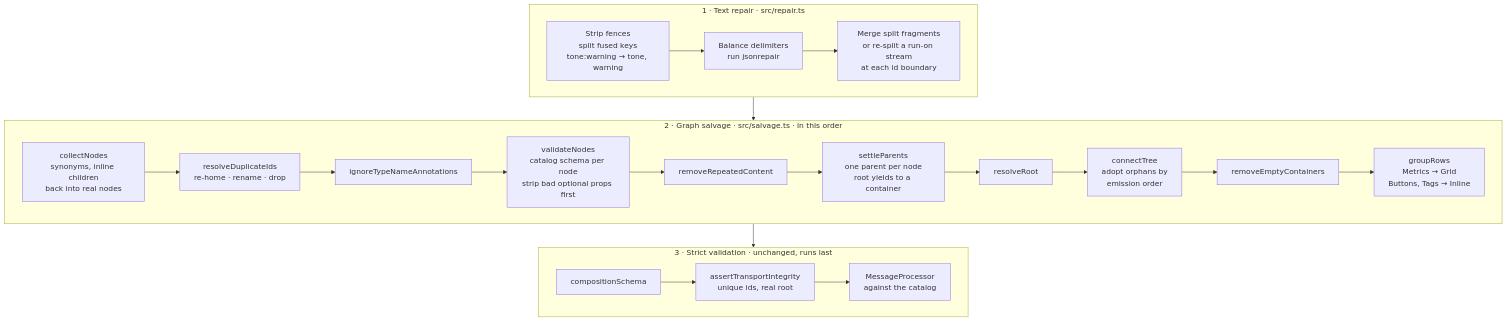
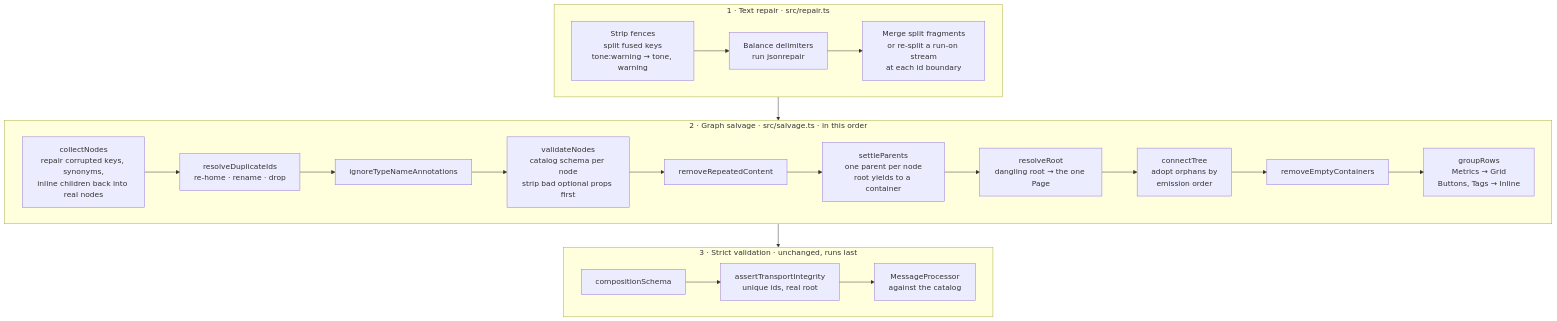
The third of 4 diagrams in README.md (southleft/local-generative-ui-demo), drawn with Mermaid before and after one commit. The commit also changed 8 other files, not shown here.

````diff
--- a/README.md
+++ b/README.md
@@ -72,17 +72,17 @@
 ```mermaid
 flowchart TB
   subgraph repair["1 · Text repair · src/repair.ts"]
     direction LR
     r1["Strip fences<br/>split fused keys<br/>tone:warning → tone, warning"] --> r2["Balance delimiters<br/>run jsonrepair"] --> r3["Merge split fragments<br/>or re-split a run-on stream<br/>at each id boundary"]
   end
   subgraph salvage["2 · Graph salvage · src/salvage.ts · in this order"]
     direction LR
-    s1["collectNodes<br/>synonyms, inline children<br/>back into real nodes"] --> s2["resolveDuplicateIds<br/>re-home · rename · drop"] --> s3["ignoreTypeNameAnnotations"] --> s4["validateNodes<br/>catalog schema per node<br/>strip bad optional props first"] --> s5["removeRepeatedContent"]
-    s5 --> s6["settleParents<br/>one parent per node<br/>root yields to a container"] --> s7["resolveRoot"] --> s8["connectTree<br/>adopt orphans by<br/>emission order"] --> s9["removeEmptyContainers"] --> s10["groupRows<br/>Metrics → Grid<br/>Buttons, Tags → Inline"]
+    s1["collectNodes<br/>repair corrupted keys, synonyms,<br/>inline children back into real nodes"] --> s2["resolveDuplicateIds<br/>re-home · rename · drop"] --> s3["ignoreTypeNameAnnotations"] --> s4["validateNodes<br/>catalog schema per node<br/>strip bad optional props first"] --> s5["removeRepeatedContent"]
+    s5 --> s6["settleParents<br/>one parent per node<br/>root yields to a container"] --> s7["resolveRoot<br/>dangling root → the one Page"] --> s8["connectTree<br/>adopt orphans by<br/>emission order"] --> s9["removeEmptyContainers"] --> s10["groupRows<br/>Metrics → Grid<br/>Buttons, Tags → Inline"]
   end
   subgraph validate["3 · Strict validation · unchanged, runs last"]
     direction LR
     v1["compositionSchema"] --> v2["assertTransportIntegrity<br/>unique ids, real root"] --> v3["MessageProcessor<br/>against the catalog"]
   end
   repair --> salvage --> validate
 ```
````
